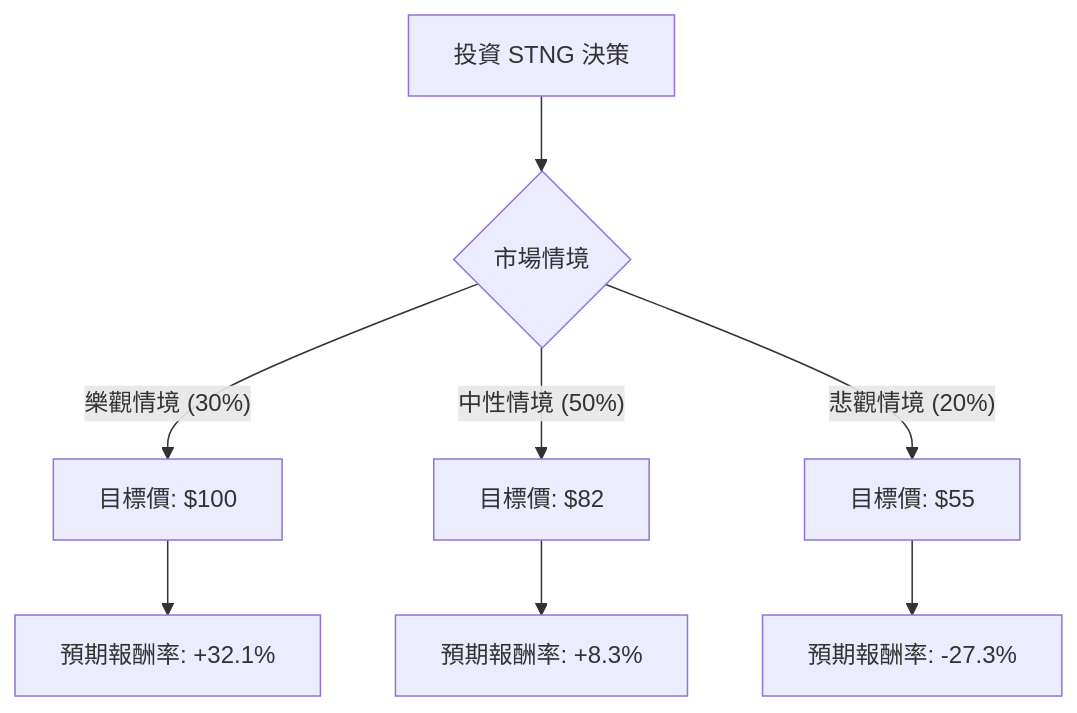
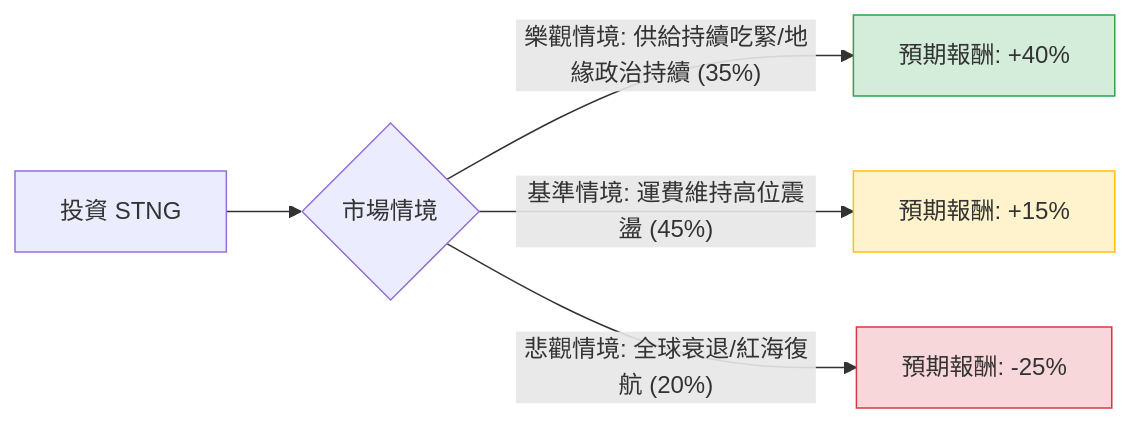
One commit to zmcx16/zmcx16.github.io changed the diagram in plugin-react/ai-analysis/ev-analysis/STNG.md. Above: the diagram before and after it, drawn with Mermaid. The commit also changed other lines of this file and 77 other files, not shown here.

````diff
--- a/plugin-react/ai-analysis/ev-analysis/STNG.md
+++ b/plugin-react/ai-analysis/ev-analysis/STNG.md
@@ -20,12 +25,12 @@
 ```mermaid
-graph TD
-    A[投資 STNG 決策] --> B{市場情境}
+graph LR
+    A[投資 STNG] --> B{市場情境}
     
-    B -- 樂觀情境 (30%) --> C[目標價: $100]
-    B -- 中性情境 (50%) --> D[目標價: $82]
-    B -- 悲觀情境 (20%) --> E[目標價: $55]
+    B -- 樂觀情境: 供給持續吃緊/地緣政治持續 (35%) --> C[預期報酬: +40%]
+    B -- 基準情境: 運費維持高位震盪 (45%) --> D[預期報酬: +15%]
+    B -- 悲觀情境: 全球衰退/紅海復航 (20%) --> E[預期報酬: -25%]
 
-    C --> F[預期報酬率: +32.1%]
-    D --> G[預期報酬率: +8.3%]
-    E --> H[預期報酬率: -27.3%]
+    style C fill:#d4edda,stroke:#28a745
+    style D fill:#fff3cd,stroke:#ffc107
+    style E fill:#f8d7da,stroke:#dc3545
 ```
````
